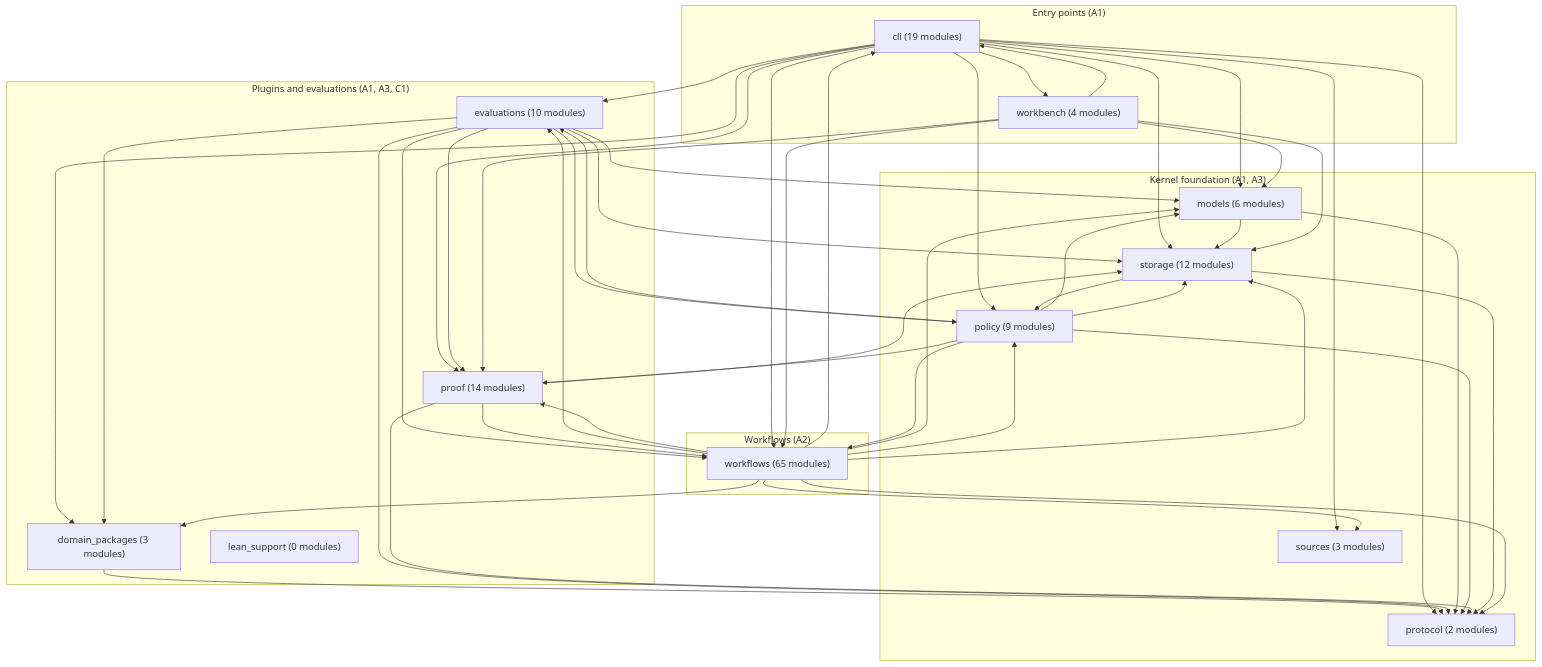
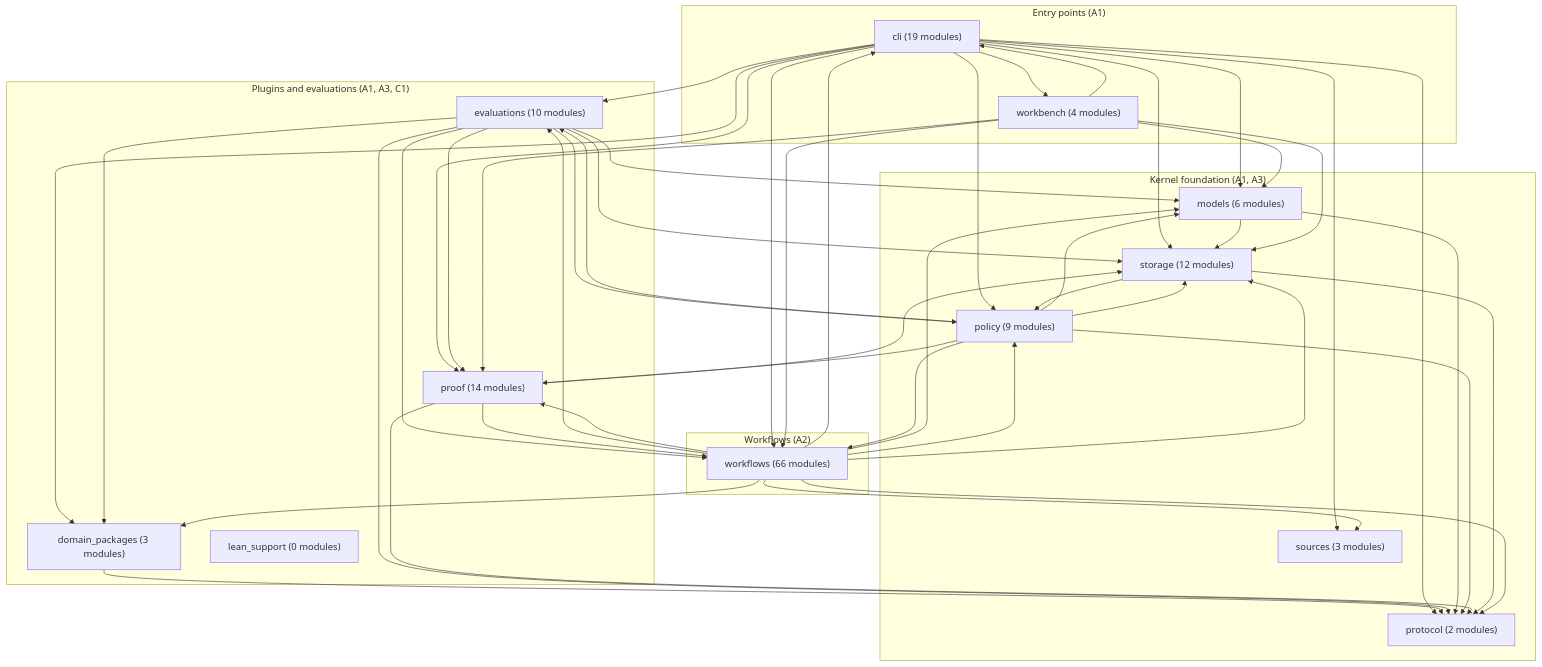
One commit to SAFuDarren/Trellin changed the diagram in docs/architecture-map.md. Above: the diagram before and after it, drawn with Mermaid. The commit also changed other lines of this file and 10 other files, not shown here.

````diff
--- a/docs/architecture-map.md
+++ b/docs/architecture-map.md
@@ -14,68 +14,68 @@
 ```mermaid
 flowchart TD
     subgraph layer_entry["Entry points (A1)"]
         cli["cli (19 modules)"]
         workbench["workbench (4 modules)"]
     end
     subgraph layer_workflows["Workflows (A2)"]
-        workflows["workflows (65 modules)"]
+        workflows["workflows (66 modules)"]
     end
     subgraph layer_kernel["Kernel foundation (A1, A3)"]
         models["models (6 modules)"]
         policy["policy (9 modules)"]
         protocol["protocol (2 modules)"]
         sources["sources (3 modules)"]
         storage["storage (12 modules)"]
     end
     subgraph layer_plugin["Plugins and evaluations (A1, A3, C1)"]
         domain_packages["domain_packages (3 modules)"]
         evaluations["evaluations (10 modules)"]
         lean_support["lean_support (0 modules)"]
         proof["proof (14 modules)"]
     end
     cli --> domain_packages
     cli --> evaluations
     cli --> models
     cli --> policy
     cli --> proof
     cli --> protocol
     cli --> sources
     cli --> storage
     cli --> workbench
     cli --> workflows
     domain_packages --> protocol
     evaluations --> domain_packages
     evaluations --> models
     evaluations --> policy
     evaluations --> proof
     evaluations --> protocol
     evaluations --> storage
     evaluations --> workflows
     models --> protocol
     models --> storage
     policy --> evaluations
     policy --> models
     policy --> proof
     policy --> protocol
     policy --> storage
     policy --> workflows
     proof --> protocol
     proof --> storage
     proof --> workflows
     storage --> policy
     storage --> protocol
     workbench --> cli
     workbench --> models
     workbench --> proof
     workbench --> storage
     workbench --> workflows
     workflows --> cli
     workflows --> domain_packages
     workflows --> evaluations
     workflows --> models
     workflows --> policy
     workflows --> proof
     workflows --> protocol
     workflows --> sources
     workflows --> storage
 ```
````
